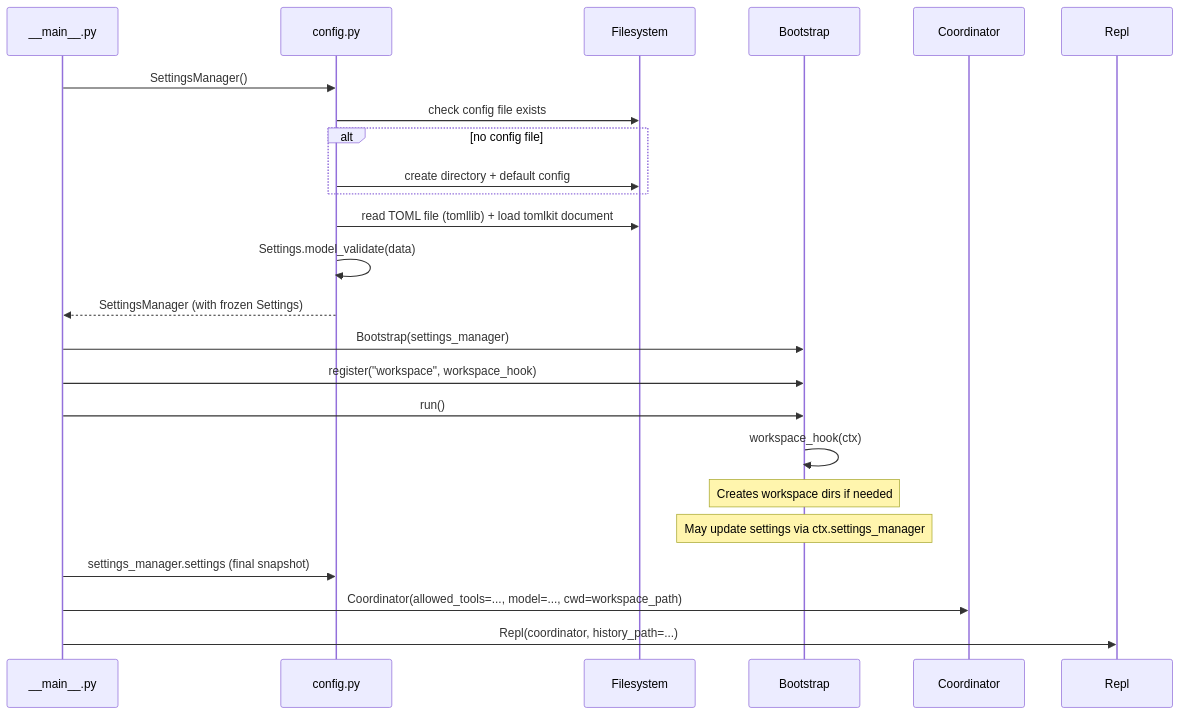
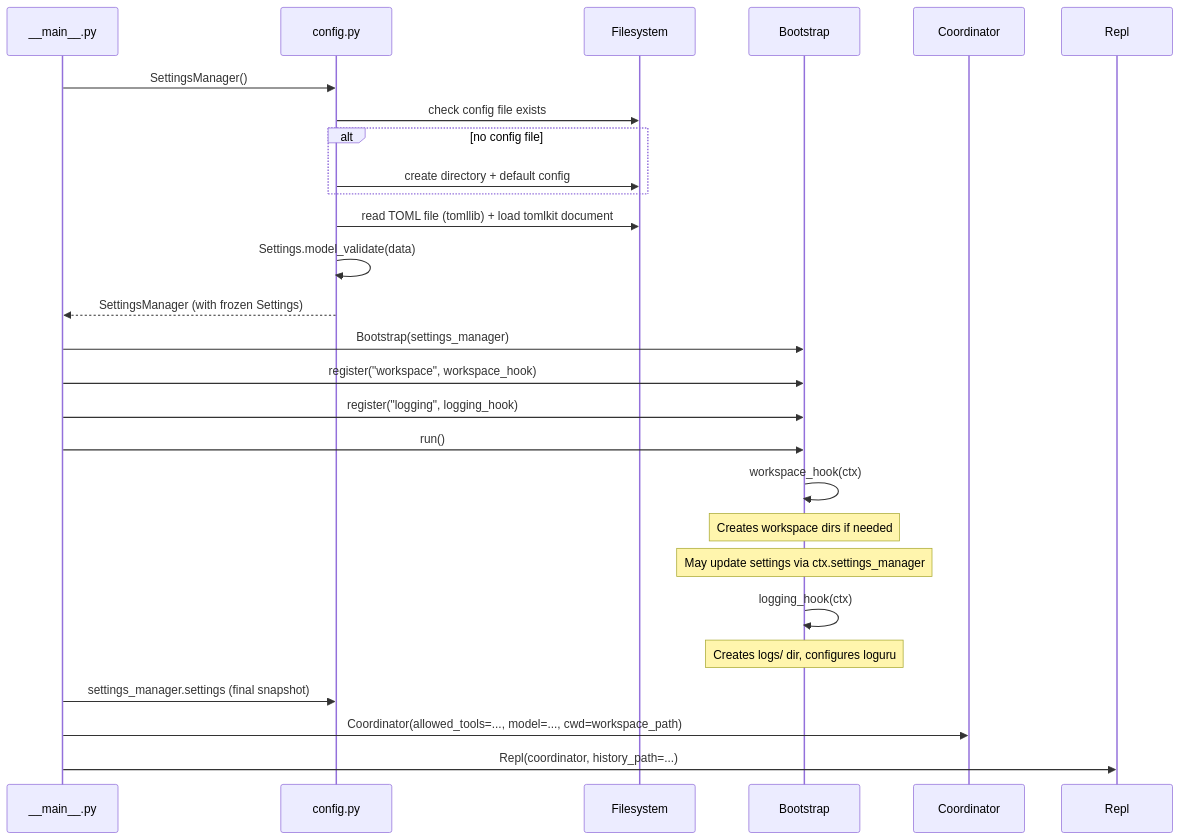
Before and after one commit to asermax/tachikoma: the first of 2 diagrams in docs/feature-designs/configuration/config-system.md, drawn with Mermaid. The commit also changed other lines of this file and 8 other files, not shown here.

````diff
--- a/docs/feature-designs/configuration/config-system.md
+++ b/docs/feature-designs/configuration/config-system.md
@@ -40,29 +40,32 @@
 ```mermaid
 sequenceDiagram
     participant Main as __main__.py
     participant Config as config.py
     participant FS as Filesystem
     participant Boot as Bootstrap
     participant Coord as Coordinator
     participant Repl as Repl
 
     Main->>Config: SettingsManager()
     Config->>FS: check config file exists
     alt no config file
         Config->>FS: create directory + default config
     end
     Config->>FS: read TOML file (tomllib) + load tomlkit document
     Config->>Config: Settings.model_validate(data)
     Config-->>Main: SettingsManager (with frozen Settings)
 
     Main->>Boot: Bootstrap(settings_manager)
     Main->>Boot: register("workspace", workspace_hook)
+    Main->>Boot: register("logging", logging_hook)
     Main->>Boot: run()
     Boot->>Boot: workspace_hook(ctx)
     Note over Boot: Creates workspace dirs if needed
     Note over Boot: May update settings via ctx.settings_manager
+    Boot->>Boot: logging_hook(ctx)
+    Note over Boot: Creates logs/ dir, configures loguru
 
     Main->>Config: settings_manager.settings (final snapshot)
     Main->>Coord: Coordinator(allowed_tools=..., model=..., cwd=workspace_path)
     Main->>Repl: Repl(coordinator, history_path=...)
 ```
````
